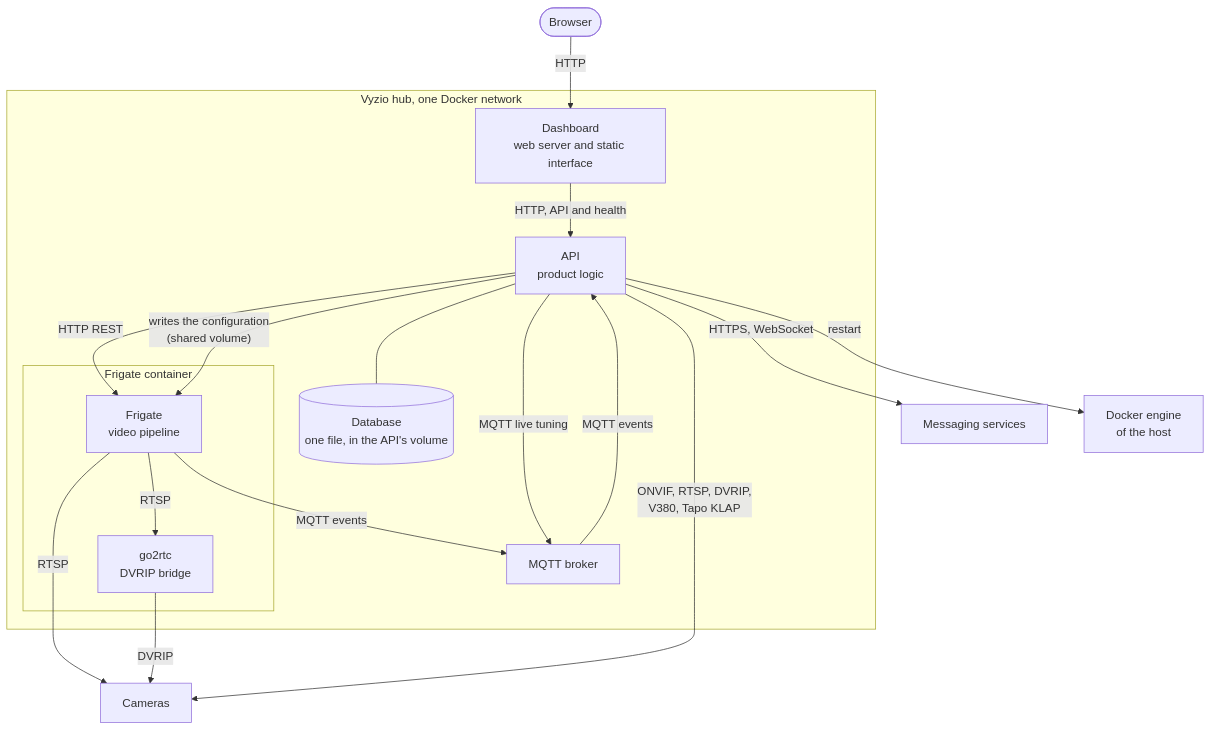
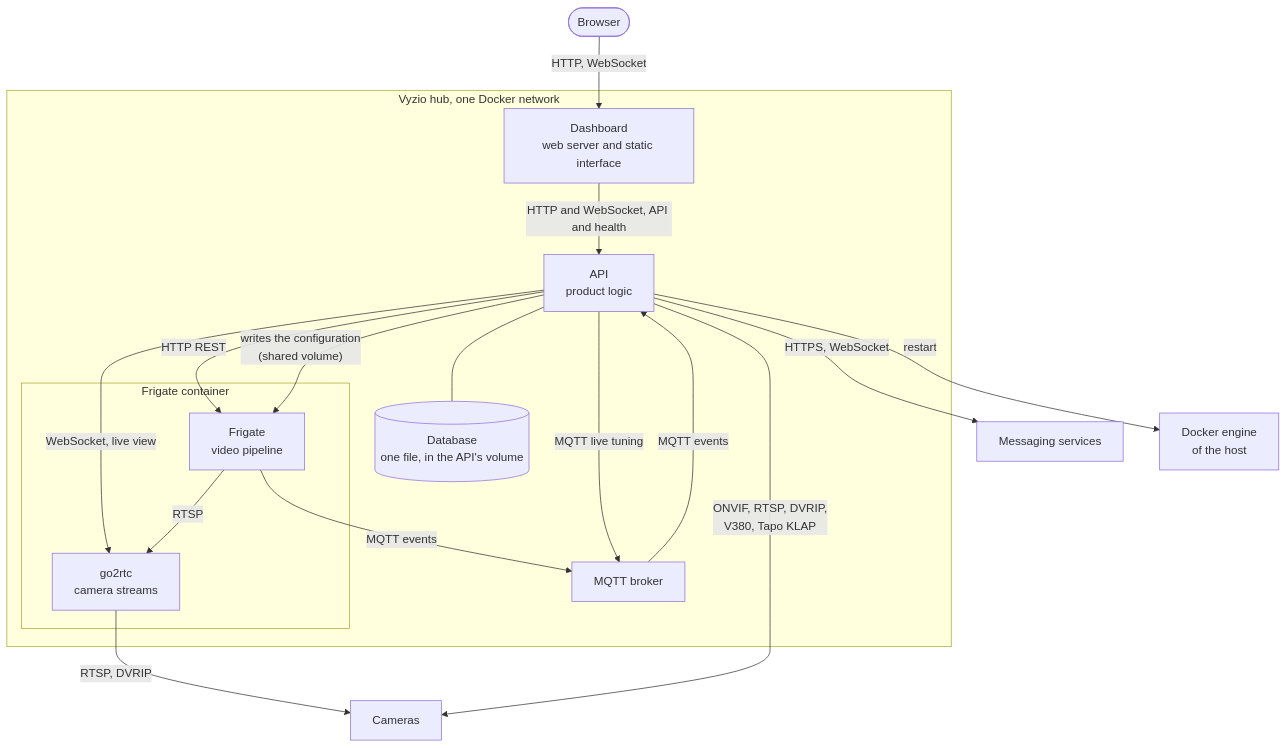
One commit to KelianS/vyzio changed the second of 6 diagrams in docs/SAD.md. Above: the diagram before and after it, drawn with Mermaid. The commit also changed other lines of this file and 63 other files, not shown here.

Commit message:
feat(live): play the camera stream in the live view, through go2rtc (#289)

````diff
--- a/docs/SAD.md
+++ b/docs/SAD.md
@@ -54,32 +54,32 @@
 ```mermaid
 flowchart TB
     browser(["Browser"])
     subgraph hub["Vyzio hub, one Docker network"]
         dash["Dashboard<br/>web server and static interface"]
         api["API<br/>product logic"]
         db[("Database<br/>one file, in the API's volume")]
         mqtt["MQTT broker"]
         subgraph frig["Frigate container"]
             frigate["Frigate<br/>video pipeline"]
-            go2rtc["go2rtc<br/>DVRIP bridge"]
+            go2rtc["go2rtc<br/>camera streams"]
         end
     end
     cams["Cameras"]
     chan["Messaging services"]
     docker["Docker engine<br/>of the host"]
 
-    browser -- HTTP --> dash
-    dash -- "HTTP, API and health" --> api
+    browser -- "HTTP, WebSocket" --> dash
+    dash -- "HTTP and WebSocket, API and health" --> api
     api --- db
     api -- "HTTP REST" --> frigate
+    api -- "WebSocket, live view" --> go2rtc
     frigate -- "MQTT events" --> mqtt
     mqtt -- "MQTT events" --> api
     api -- "MQTT live tuning" --> mqtt
     api -- "writes the configuration<br/>(shared volume)" --> frigate
     api -- "restart" --> docker
-    frigate -- RTSP --> cams
     frigate -- RTSP --> go2rtc
-    go2rtc -- DVRIP --> cams
+    go2rtc -- "RTSP, DVRIP" --> cams
     api -- "ONVIF, RTSP, DVRIP,<br/>V380, Tapo KLAP" --> cams
     api -- "HTTPS, WebSocket" --> chan
 ```
````
